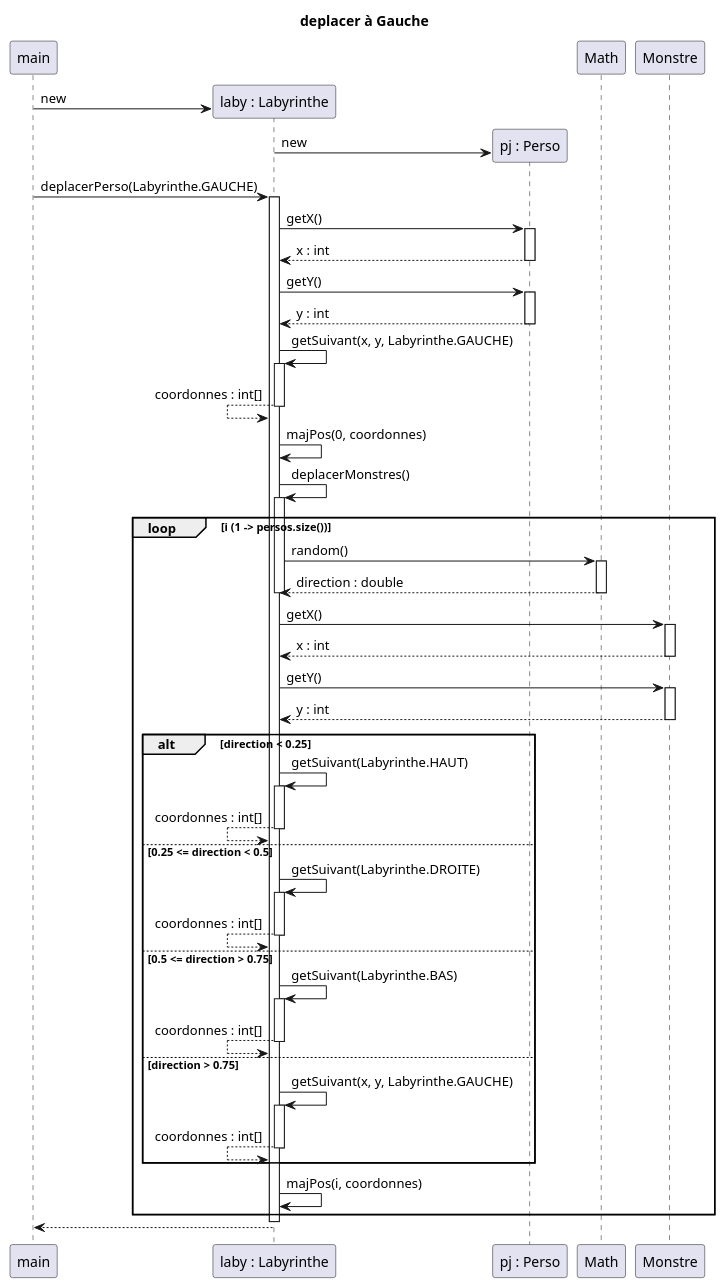
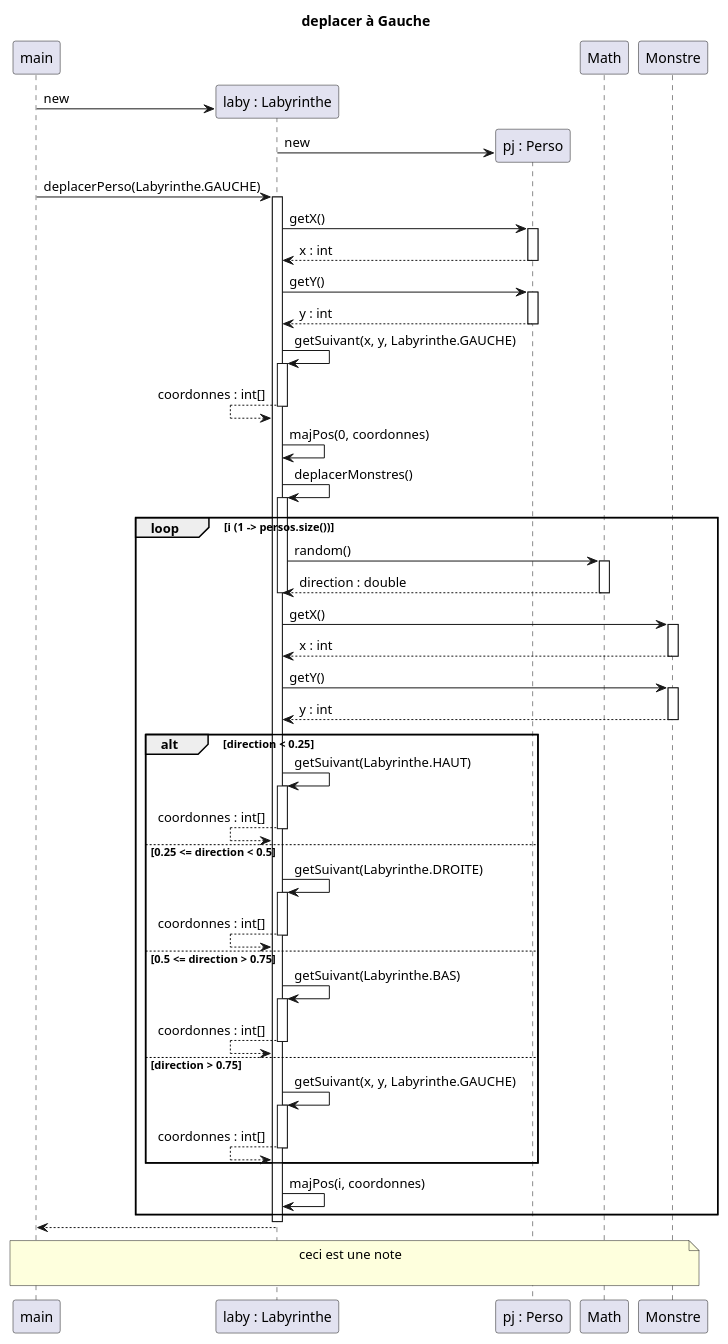
Before and after one commit to Packingdustry/2024_Zeldiablo_massoncl1u_delaborde2u_e2074u_marti1228u_e2920u: the diagram in projet_zeldiablo/documents/version_3/deplacerMonstre.puml, drawn with PlantUML. The commit also changed 8 other files, not shown here.

```diff
--- a/projet_zeldiablo/documents/version_3/deplacerMonstre.puml
+++ b/projet_zeldiablo/documents/version_3/deplacerMonstre.puml
@@ -1,70 +1,75 @@
 @startuml
 title deplacer à Gauche
 participant "main" as m
 participant "laby : Labyrinthe" as l
 participant "pj : Perso" as p
 participant Math
 participant Monstre
 create l
 m -> l : new
 create p
 l -> p : new
 m -> l : deplacerPerso(Labyrinthe.GAUCHE)
 activate l
   l -> p : getX()
   activate p
     l <-- p : x : int
   deactivate p
   l -> p : getY()
   activate p
     l <-- p : y : int
   deactivate p
   l -> l : getSuivant(x, y, Labyrinthe.GAUCHE)
   activate l
     l <-- l : coordonnes : int[]
   deactivate l
   l -> l : majPos(0, coordonnes)
   l -> l : deplacerMonstres()
   activate l
     loop i (1 -> persos.size())
         l -> Math : random()
         activate Math
         return direction : double
         deactivate
 
           l -> Monstre : getX()
           activate Monstre
             l <-- Monstre : x : int
           deactivate Monstre
           l -> Monstre : getY()
           activate Monstre
             l <-- Monstre : y : int
           deactivate Monstre
         alt direction < 0.25
           l -> l : getSuivant(Labyrinthe.HAUT)
           activate l
             l <-- l : coordonnes : int[]
           deactivate l
         else 0.25 <= direction < 0.5
           l -> l : getSuivant(Labyrinthe.DROITE)
           activate l
             l <-- l : coordonnes : int[]
           deactivate l
         else 0.5 <= direction > 0.75
           l -> l : getSuivant(Labyrinthe.BAS)
           activate l
             l <-- l : coordonnes : int[]
           deactivate l
         else direction > 0.75
           l -> l : getSuivant(x, y, Labyrinthe.GAUCHE)
             activate l
               l <-- l : coordonnes : int[]
             deactivate l
         end
         l -> l : majPos(i, coordonnes)
     end
   deactivate l
   deactivate l
 m <-- l
 deactivate l
+
+note across
+ceci est une note
+
+end note
 @enduml
```
